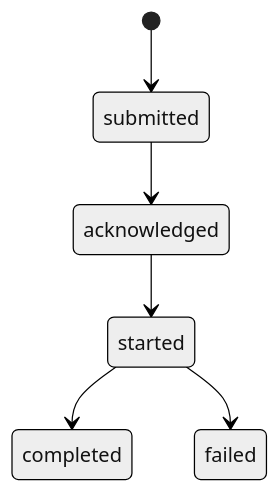
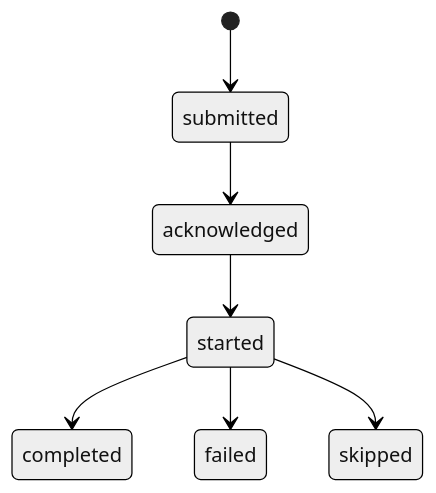
One commit to osapi-io/osapi changed the second of 3 diagrams in docs/docs/sidebar/architecture/job-architecture.md. Above: the diagram before and after it, drawn with Mermaid (neutral theme). The commit also changed other lines of this file and 231 other files, not shown here.

````diff
--- a/docs/docs/sidebar/architecture/job-architecture.md
+++ b/docs/docs/sidebar/architecture/job-architecture.md
@@ -285,8 +285,9 @@
 ```mermaid
 stateDiagram-v2
     [*] --> submitted
     submitted --> acknowledged
     acknowledged --> started
     started --> completed
     started --> failed
+    started --> skipped
 ```
````
